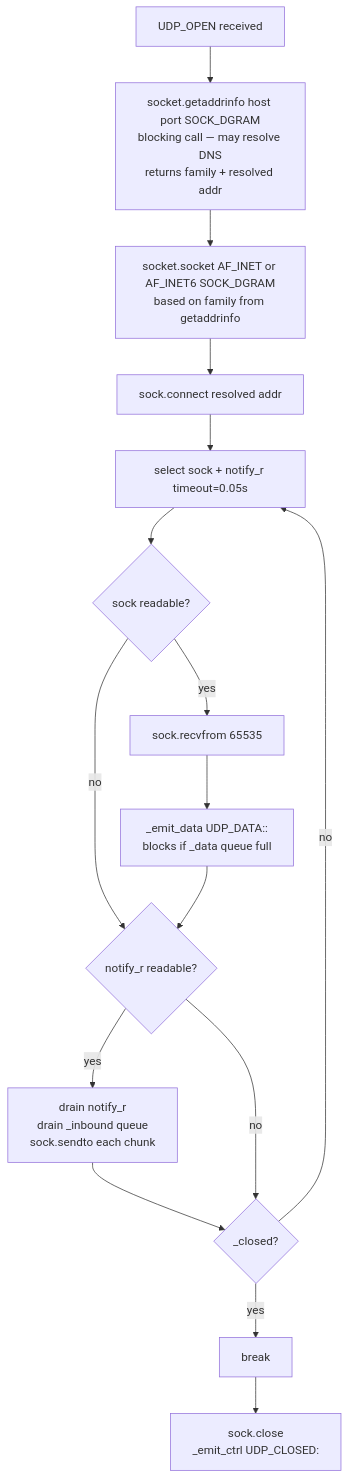
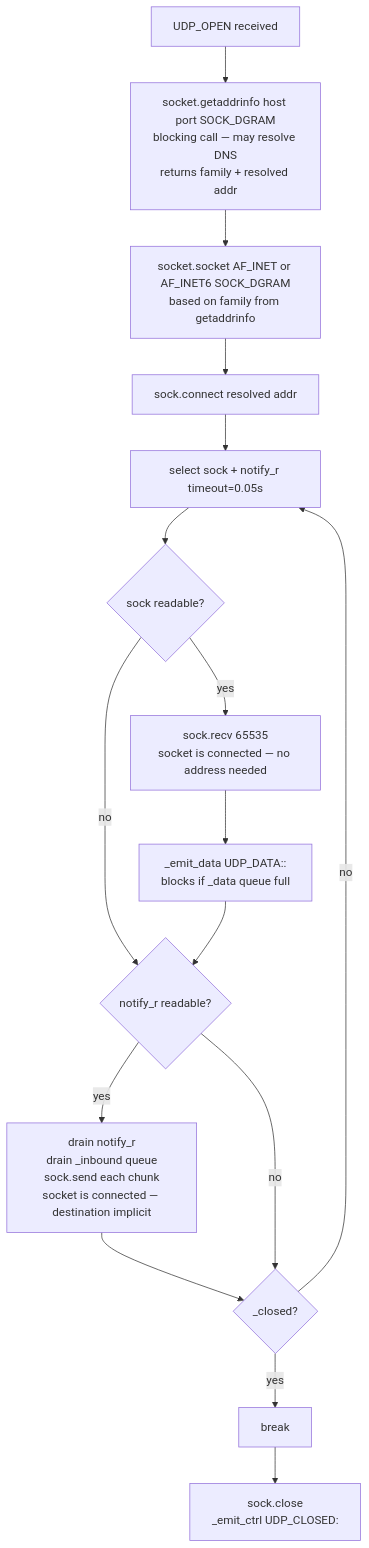
Before and after one commit to Khodaparastan/ExecTunnel: diagram 12 of 14 in docs/architecture.md, drawn with Mermaid. The commit also changed other lines of this file and 3 other files, not shown here.

````diff
--- a/docs/architecture.md
+++ b/docs/architecture.md
@@ -617,18 +621,18 @@
 ```mermaid
 flowchart TD
     A[UDP_OPEN received] --> B0[socket.getaddrinfo host port SOCK_DGRAM\nblocking call — may resolve DNS\nreturns family + resolved addr]
     B0 --> B[socket.socket AF_INET or AF_INET6 SOCK_DGRAM\nbased on family from getaddrinfo]
     B --> C[sock.connect resolved addr]
     C --> D[select sock + notify_r timeout=0.05s]
     D --> E{sock readable?}
-    E -- yes --> F[sock.recvfrom 65535]
+    E -- yes --> F[sock.recv 65535\nsocket is connected — no address needed]
     F --> G[_emit_data UDP_DATA:<flow_id>:<b64>\nblocks if _data queue full]
     E -- no --> H{notify_r readable?}
     G --> H
-    H -- yes --> I[drain notify_r\ndrain _inbound queue\nsock.sendto each chunk]
+    H -- yes --> I[drain notify_r\ndrain _inbound queue\nsock.send each chunk\nsocket is connected — destination implicit]
     I --> J{_closed?}
     H -- no --> J
     J -- yes --> K[break]
     J -- no --> D
     K --> L[sock.close\n_emit_ctrl UDP_CLOSED:<flow_id>]
 ```
````
